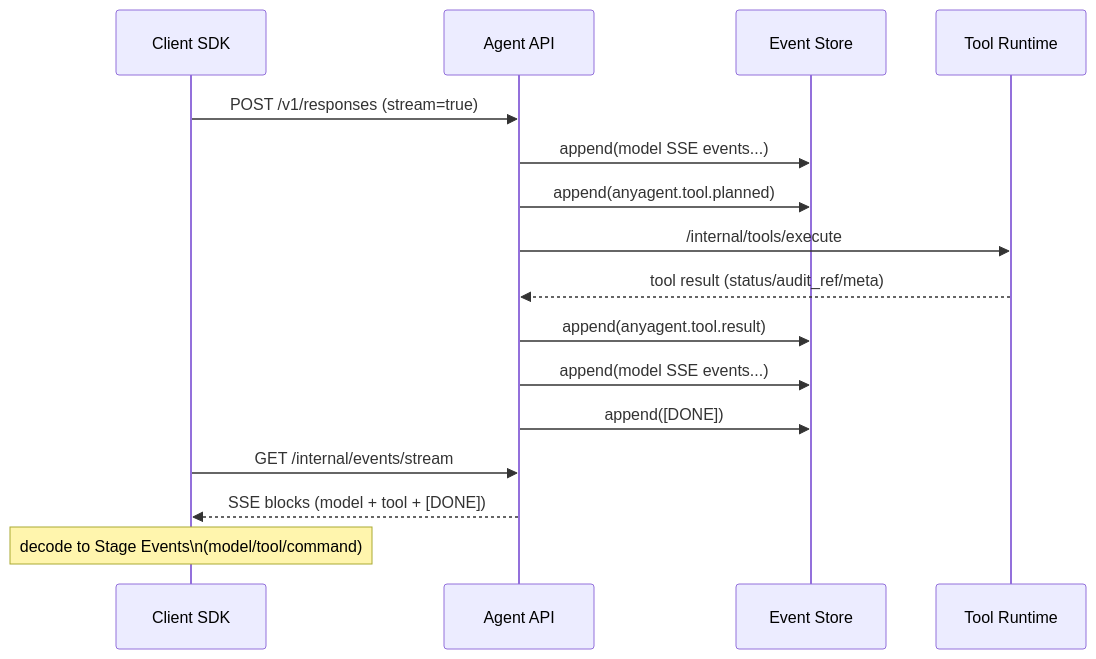
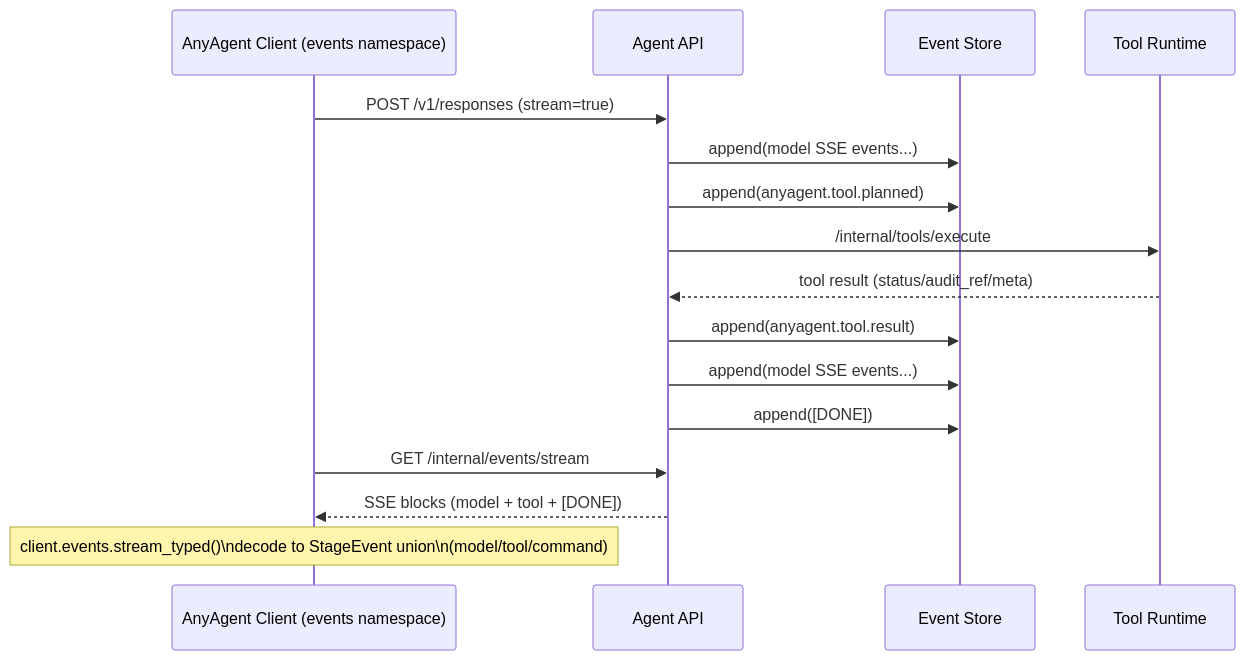
The diagram in docs/architecture/agent-api-client-stage-events.md (komiyoo/anyagent), drawn with Mermaid before and after one commit. The commit also changed other lines of this file and 54 other files, not shown here.

````diff
--- a/docs/architecture/agent-api-client-stage-events.md
+++ b/docs/architecture/agent-api-client-stage-events.md
@@ -195,19 +195,19 @@
 ```mermaid
 sequenceDiagram
-  participant C as Client SDK
+  participant C as AnyAgent Client (events namespace)
   participant AS as Agent API
   participant ES as Event Store
   participant TR as Tool Runtime
 
   C->>AS: POST /v1/responses (stream=true)
   AS->>ES: append(model SSE events...)
   AS->>ES: append(anyagent.tool.planned)
   AS->>TR: /internal/tools/execute
   TR-->>AS: tool result (status/audit_ref/meta)
   AS->>ES: append(anyagent.tool.result)
   AS->>ES: append(model SSE events...)
   AS->>ES: append([DONE])
   C->>AS: GET /internal/events/stream
   AS-->>C: SSE blocks (model + tool + [DONE])
-  Note over C: decode to Stage Events\n(model/tool/command)
+  Note over C: client.events.stream_typed()\ndecode to StageEvent union\n(model/tool/command)
 ```
````
